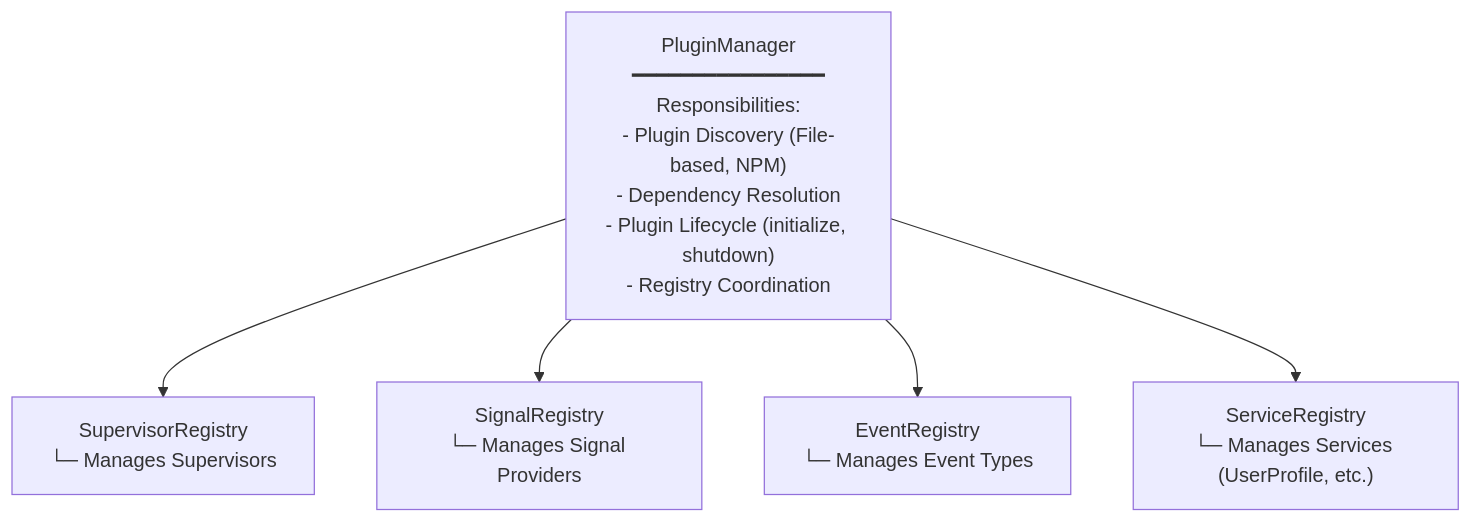
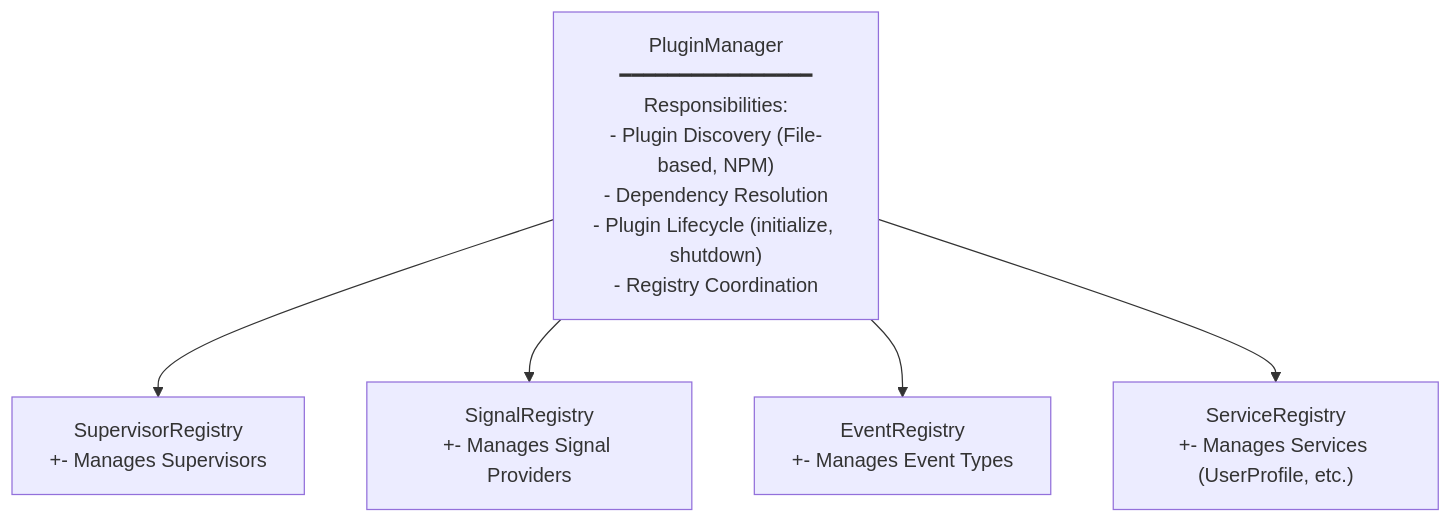
One commit to y-core-engineering/fidus changed the first of 2 diagrams in docs/architecture/05-registry-system.md. Above: the diagram before and after it, drawn with Mermaid. The commit also changed other lines of this file and 47 other files, not shown here.

First line of the commit message:
docs: update solution architecture to v3.0 with entity-relationship model (#75)

````diff
--- a/docs/architecture/05-registry-system.md
+++ b/docs/architecture/05-registry-system.md
@@ -16,9 +16,9 @@
 ```mermaid
 graph TB
     PM["PluginManager<br/>━━━━━━━━━━━━━━━━<br/>Responsibilities:<br/>- Plugin Discovery (File-based, NPM)<br/>- Dependency Resolution<br/>- Plugin Lifecycle (initialize, shutdown)<br/>- Registry Coordination"]
 
-    PM --> SR["SupervisorRegistry<br/>└─ Manages Supervisors"]
-    PM --> SigR["SignalRegistry<br/>└─ Manages Signal Providers"]
-    PM --> ER["EventRegistry<br/>└─ Manages Event Types"]
-    PM --> ServR["ServiceRegistry<br/>└─ Manages Services (UserProfile, etc.)"]
+    PM --> SR["SupervisorRegistry<br/>+- Manages Supervisors"]
+    PM --> SigR["SignalRegistry<br/>+- Manages Signal Providers"]
+    PM --> ER["EventRegistry<br/>+- Manages Event Types"]
+    PM --> ServR["ServiceRegistry<br/>+- Manages Services (UserProfile, etc.)"]
 ```
````
